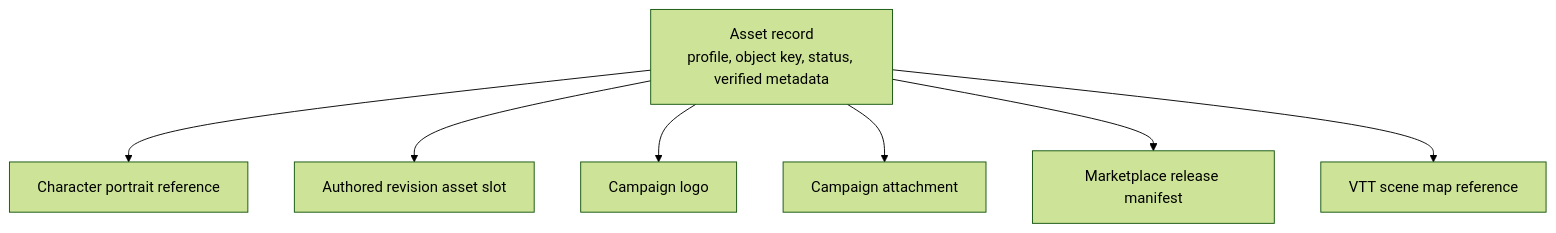
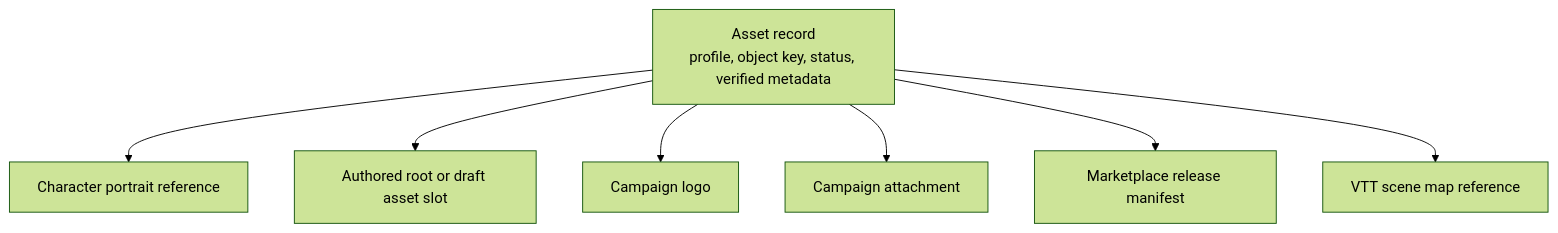
One commit to MPiland/artificer-toolkit changed the second of 2 diagrams in docs/roadmap/02-media-and-file-pipeline.md. Above: the diagram before and after it, drawn with Mermaid (forest theme). The commit also changed other lines of this file and 17 other files, not shown here.

````diff
--- a/docs/roadmap/02-media-and-file-pipeline.md
+++ b/docs/roadmap/02-media-and-file-pipeline.md
@@ -123,10 +123,10 @@
 ```mermaid
 flowchart TD
   Asset["Asset record<br/>profile, object key, status, verified metadata"]
   Asset --> Portrait["Character portrait reference"]
-  Asset --> Revision["Authored revision asset slot"]
+  Asset --> Authored["Authored root or draft asset slot"]
   Asset --> Campaign["Campaign logo"]
   Asset --> Attachment["Campaign attachment"]
   Asset --> Release["Marketplace release manifest"]
   Asset --> Scene["VTT scene map reference"]
 ```
````
